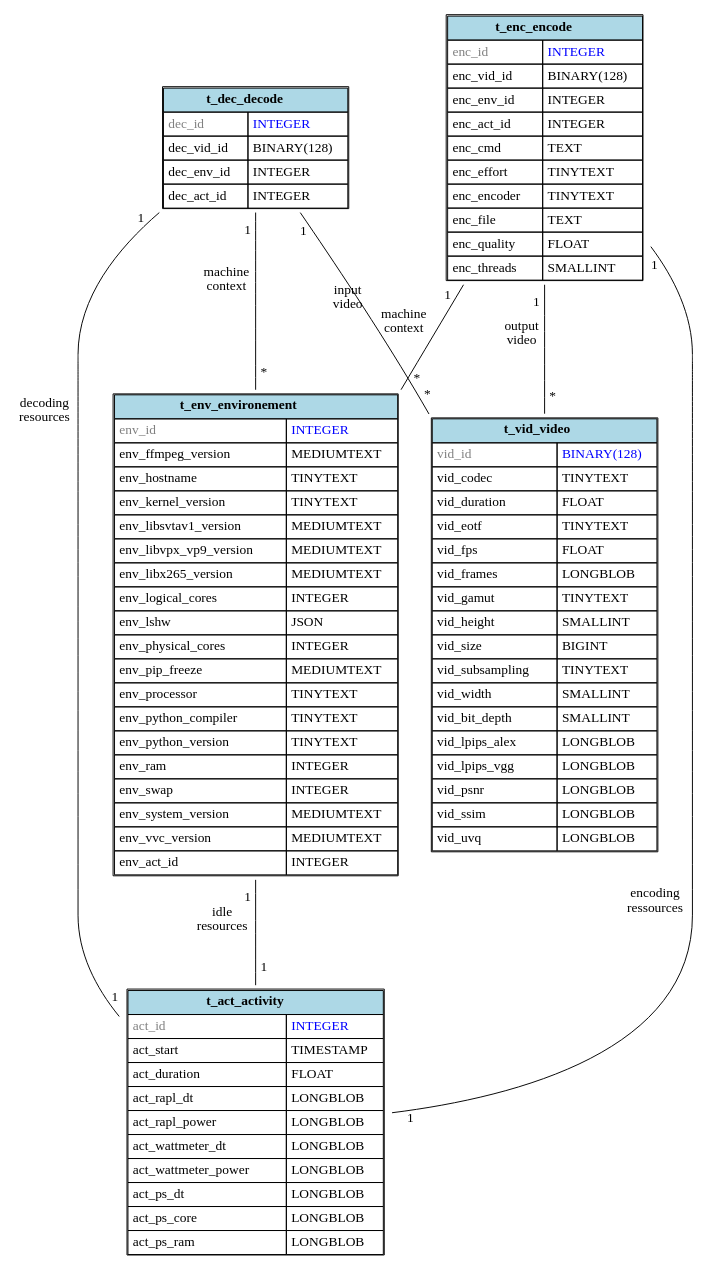
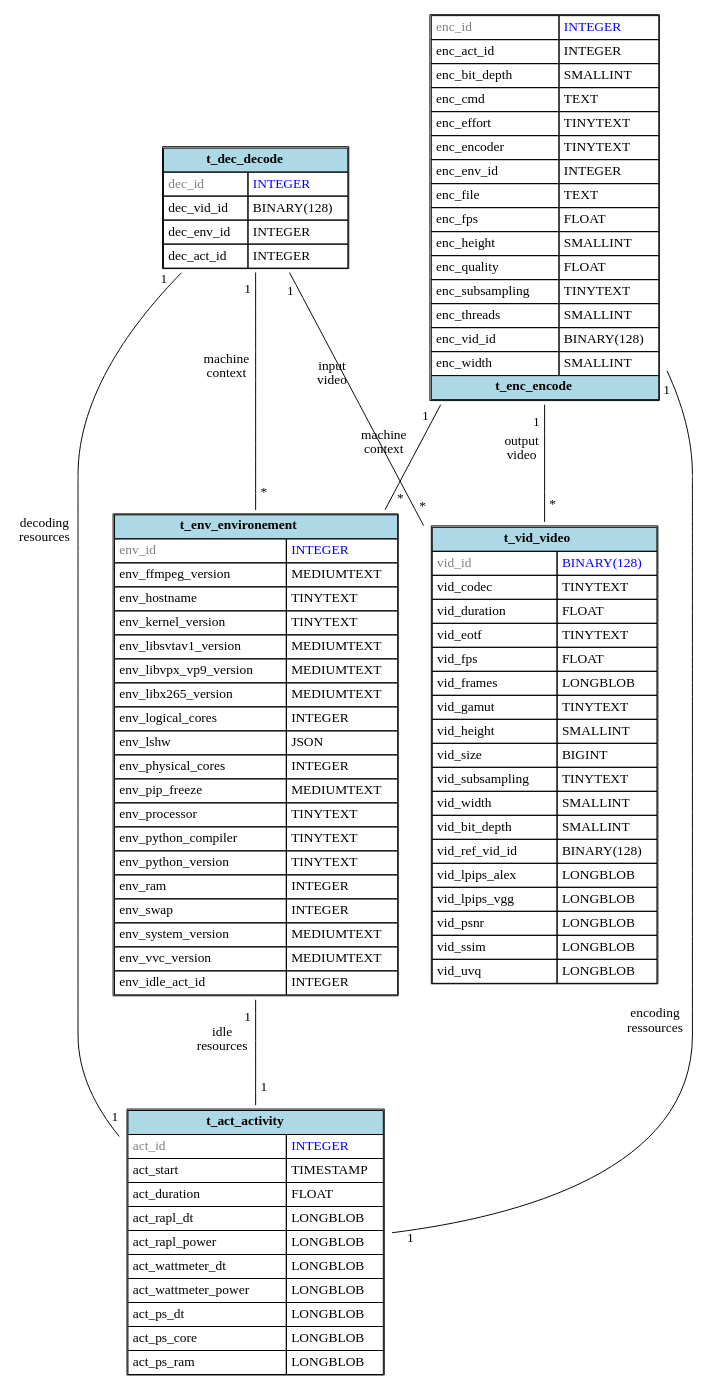
One commit to robinechuca/mendevi changed the diagram in docs/images/database.dot. Above: the diagram before and after it, drawn with Graphviz. The commit also changed 7 other files, not shown here.

```diff
--- a/docs/images/database.dot
+++ b/docs/images/database.dot
@@ -1,106 +1,112 @@
 # dot -Tsvg database.dot > database.svg
 graph database {
   node [shape=plaintext]
   t_act_activity [
     label=<
       <TABLE BORDER="1" CELLBORDER="1" CELLSPACING="0" CELLPADDING="4">
         <TR><TD COLSPAN="2" BGCOLOR="lightblue"><B>t_act_activity</B></TD></TR>
         <TR><TD ALIGN="LEFT"><FONT COLOR="gray">act_id</FONT></TD><TD ALIGN="LEFT"><FONT COLOR="blue">INTEGER</FONT></TD></TR>
         <TR><TD ALIGN="LEFT">act_start</TD><TD ALIGN="LEFT">TIMESTAMP</TD></TR>
         <TR><TD ALIGN="LEFT">act_duration</TD><TD ALIGN="LEFT">FLOAT</TD></TR>
         <TR><TD ALIGN="LEFT">act_rapl_dt</TD><TD ALIGN="LEFT">LONGBLOB</TD></TR>
         <TR><TD ALIGN="LEFT">act_rapl_power</TD><TD ALIGN="LEFT">LONGBLOB</TD></TR>
         <TR><TD ALIGN="LEFT">act_wattmeter_dt</TD><TD ALIGN="LEFT">LONGBLOB</TD></TR>
         <TR><TD ALIGN="LEFT">act_wattmeter_power</TD><TD ALIGN="LEFT">LONGBLOB</TD></TR>
         <TR><TD ALIGN="LEFT">act_ps_dt</TD><TD ALIGN="LEFT">LONGBLOB</TD></TR>
         <TR><TD ALIGN="LEFT">act_ps_core</TD><TD ALIGN="LEFT">LONGBLOB</TD></TR>
         <TR><TD ALIGN="LEFT">act_ps_ram</TD><TD ALIGN="LEFT">LONGBLOB</TD></TR>
       </TABLE>
     >
   ];
   t_vid_video [
     label=<
       <TABLE BORDER="1" CELLBORDER="1" CELLSPACING="0" CELLPADDING="4">
         <TR><TD COLSPAN="2" BGCOLOR="lightblue"><B>t_vid_video</B></TD></TR>
         <TR><TD ALIGN="LEFT"><FONT COLOR="gray">vid_id</FONT></TD><TD ALIGN="LEFT"><FONT COLOR="blue">BINARY(128)</FONT></TD></TR>
         <TR><TD ALIGN="LEFT">vid_codec</TD><TD ALIGN="LEFT">TINYTEXT</TD></TR>
         <TR><TD ALIGN="LEFT">vid_duration</TD><TD ALIGN="LEFT">FLOAT</TD></TR>
         <TR><TD ALIGN="LEFT">vid_eotf</TD><TD ALIGN="LEFT">TINYTEXT</TD></TR>
         <TR><TD ALIGN="LEFT">vid_fps</TD><TD ALIGN="LEFT">FLOAT</TD></TR>
         <TR><TD ALIGN="LEFT">vid_frames</TD><TD ALIGN="LEFT">LONGBLOB</TD></TR>
         <TR><TD ALIGN="LEFT">vid_gamut</TD><TD ALIGN="LEFT">TINYTEXT</TD></TR>
         <TR><TD ALIGN="LEFT">vid_height</TD><TD ALIGN="LEFT">SMALLINT</TD></TR>
         <TR><TD ALIGN="LEFT">vid_size</TD><TD ALIGN="LEFT">BIGINT</TD></TR>
         <TR><TD ALIGN="LEFT">vid_subsampling</TD><TD ALIGN="LEFT">TINYTEXT</TD></TR>
         <TR><TD ALIGN="LEFT">vid_width</TD><TD ALIGN="LEFT">SMALLINT</TD></TR>
         <TR><TD ALIGN="LEFT">vid_bit_depth</TD><TD ALIGN="LEFT">SMALLINT</TD></TR>
+        <TR><TD ALIGN="LEFT">vid_ref_vid_id</TD><TD ALIGN="LEFT">BINARY(128)</TD></TR>
         <TR><TD ALIGN="LEFT">vid_lpips_alex</TD><TD ALIGN="LEFT">LONGBLOB</TD></TR>
         <TR><TD ALIGN="LEFT">vid_lpips_vgg</TD><TD ALIGN="LEFT">LONGBLOB</TD></TR>
         <TR><TD ALIGN="LEFT">vid_psnr</TD><TD ALIGN="LEFT">LONGBLOB</TD></TR>
         <TR><TD ALIGN="LEFT">vid_ssim</TD><TD ALIGN="LEFT">LONGBLOB</TD></TR>
         <TR><TD ALIGN="LEFT">vid_uvq</TD><TD ALIGN="LEFT">LONGBLOB</TD></TR>
       </TABLE>
     >
   ];
   t_env_environement [
     label=<
       <TABLE BORDER="1" CELLBORDER="1" CELLSPACING="0" CELLPADDING="4">
         <TR><TD COLSPAN="2" BGCOLOR="lightblue"><B>t_env_environement</B></TD></TR>
         <TR><TD ALIGN="LEFT"><FONT COLOR="gray">env_id</FONT></TD><TD ALIGN="LEFT"><FONT COLOR="blue">INTEGER</FONT></TD></TR>
         <TR><TD ALIGN="LEFT">env_ffmpeg_version</TD><TD ALIGN="LEFT">MEDIUMTEXT</TD></TR>
         <TR><TD ALIGN="LEFT">env_hostname</TD><TD ALIGN="LEFT">TINYTEXT</TD></TR>
         <TR><TD ALIGN="LEFT">env_kernel_version</TD><TD ALIGN="LEFT">TINYTEXT</TD></TR>
         <TR><TD ALIGN="LEFT">env_libsvtav1_version</TD><TD ALIGN="LEFT">MEDIUMTEXT</TD></TR>
         <TR><TD ALIGN="LEFT">env_libvpx_vp9_version</TD><TD ALIGN="LEFT">MEDIUMTEXT</TD></TR>
         <TR><TD ALIGN="LEFT">env_libx265_version</TD><TD ALIGN="LEFT">MEDIUMTEXT</TD></TR>
         <TR><TD ALIGN="LEFT">env_logical_cores</TD><TD ALIGN="LEFT">INTEGER</TD></TR>
         <TR><TD ALIGN="LEFT">env_lshw</TD><TD ALIGN="LEFT">JSON</TD></TR>
         <TR><TD ALIGN="LEFT">env_physical_cores</TD><TD ALIGN="LEFT">INTEGER</TD></TR>
         <TR><TD ALIGN="LEFT">env_pip_freeze</TD><TD ALIGN="LEFT">MEDIUMTEXT</TD></TR>
         <TR><TD ALIGN="LEFT">env_processor</TD><TD ALIGN="LEFT">TINYTEXT</TD></TR>
         <TR><TD ALIGN="LEFT">env_python_compiler</TD><TD ALIGN="LEFT">TINYTEXT</TD></TR>
         <TR><TD ALIGN="LEFT">env_python_version</TD><TD ALIGN="LEFT">TINYTEXT</TD></TR>
         <TR><TD ALIGN="LEFT">env_ram</TD><TD ALIGN="LEFT">INTEGER</TD></TR>
         <TR><TD ALIGN="LEFT">env_swap</TD><TD ALIGN="LEFT">INTEGER</TD></TR>
         <TR><TD ALIGN="LEFT">env_system_version</TD><TD ALIGN="LEFT">MEDIUMTEXT</TD></TR>
         <TR><TD ALIGN="LEFT">env_vvc_version</TD><TD ALIGN="LEFT">MEDIUMTEXT</TD></TR>
-        <TR><TD ALIGN="LEFT">env_act_id</TD><TD ALIGN="LEFT">INTEGER</TD></TR>
+        <TR><TD ALIGN="LEFT">env_idle_act_id</TD><TD ALIGN="LEFT">INTEGER</TD></TR>
       </TABLE>
     >
   ];
   t_dec_decode [
     label=<
       <TABLE BORDER="1" CELLBORDER="1" CELLSPACING="0" CELLPADDING="4">
         <TR><TD COLSPAN="2" BGCOLOR="lightblue"><B>t_dec_decode</B></TD></TR>
         <TR><TD ALIGN="LEFT"><FONT COLOR="gray">dec_id</FONT></TD><TD ALIGN="LEFT"><FONT COLOR="blue">INTEGER</FONT></TD></TR>
         <TR><TD ALIGN="LEFT">dec_vid_id</TD><TD ALIGN="LEFT">BINARY(128)</TD></TR>
         <TR><TD ALIGN="LEFT">dec_env_id</TD><TD ALIGN="LEFT">INTEGER</TD></TR>
         <TR><TD ALIGN="LEFT">dec_act_id</TD><TD ALIGN="LEFT">INTEGER</TD></TR>
       </TABLE>
     >
   ];
   t_enc_encode [
     label=<
       <TABLE BORDER="1" CELLBORDER="1" CELLSPACING="0" CELLPADDING="4">
-        <TR><TD COLSPAN="2" BGCOLOR="lightblue"><B>t_enc_encode</B></TD></TR>
         <TR><TD ALIGN="LEFT"><FONT COLOR="gray">enc_id</FONT></TD><TD ALIGN="LEFT"><FONT COLOR="blue">INTEGER</FONT></TD></TR>
-        <TR><TD ALIGN="LEFT">enc_vid_id</TD><TD ALIGN="LEFT">BINARY(128)</TD></TR>
-        <TR><TD ALIGN="LEFT">enc_env_id</TD><TD ALIGN="LEFT">INTEGER</TD></TR>
         <TR><TD ALIGN="LEFT">enc_act_id</TD><TD ALIGN="LEFT">INTEGER</TD></TR>
+        <TR><TD ALIGN="LEFT">enc_bit_depth</TD><TD ALIGN="LEFT">SMALLINT</TD></TR>
         <TR><TD ALIGN="LEFT">enc_cmd</TD><TD ALIGN="LEFT">TEXT</TD></TR>
         <TR><TD ALIGN="LEFT">enc_effort</TD><TD ALIGN="LEFT">TINYTEXT</TD></TR>
         <TR><TD ALIGN="LEFT">enc_encoder</TD><TD ALIGN="LEFT">TINYTEXT</TD></TR>
+        <TR><TD ALIGN="LEFT">enc_env_id</TD><TD ALIGN="LEFT">INTEGER</TD></TR>
         <TR><TD ALIGN="LEFT">enc_file</TD><TD ALIGN="LEFT">TEXT</TD></TR>
+        <TR><TD ALIGN="LEFT">enc_fps</TD><TD ALIGN="LEFT">FLOAT</TD></TR>
+        <TR><TD ALIGN="LEFT">enc_height</TD><TD ALIGN="LEFT">SMALLINT</TD></TR>
         <TR><TD ALIGN="LEFT">enc_quality</TD><TD ALIGN="LEFT">FLOAT</TD></TR>
+        <TR><TD ALIGN="LEFT">enc_subsampling</TD><TD ALIGN="LEFT">TINYTEXT</TD></TR>
         <TR><TD ALIGN="LEFT">enc_threads</TD><TD ALIGN="LEFT">SMALLINT</TD></TR>
+        <TR><TD ALIGN="LEFT">enc_vid_id</TD><TD ALIGN="LEFT">BINARY(128)</TD></TR>
+        <TR><TD ALIGN="LEFT">enc_width</TD><TD ALIGN="LEFT">SMALLINT</TD></TR>
+        <TR><TD COLSPAN="2" BGCOLOR="lightblue"><B>t_enc_encode</B></TD></TR>
       </TABLE>
     >
   ];
   t_enc_encode -- t_act_activity [minlen=3, taillabel="1", headlabel="1", xlabel="encoding\nressources", labeldistance=2.0]
   t_enc_encode -- t_env_environement [minlen=3, taillabel="1", headlabel="*", xlabel="machine\ncontext", labeldistance=2.0]
   t_enc_encode -- t_vid_video [minlen=3, taillabel="1", headlabel="*", xlabel="output\nvideo", labeldistance=2.0]
   t_dec_decode -- t_act_activity [minlen=3, taillabel="1", headlabel="1", xlabel="decoding\nresources", labeldistance=2.0]
   t_dec_decode -- t_env_environement [minlen=3, taillabel="1", headlabel="*", xlabel="machine\ncontext", labeldistance=2.0]
   t_dec_decode -- t_vid_video [minlen=3, taillabel="1", headlabel="*", xlabel="input\nvideo", labeldistance=2.0]
   t_env_environement -- t_act_activity [minlen=3, taillabel="1", headlabel="1", xlabel="idle\nresources", labeldistance=2.0]
 }
```
